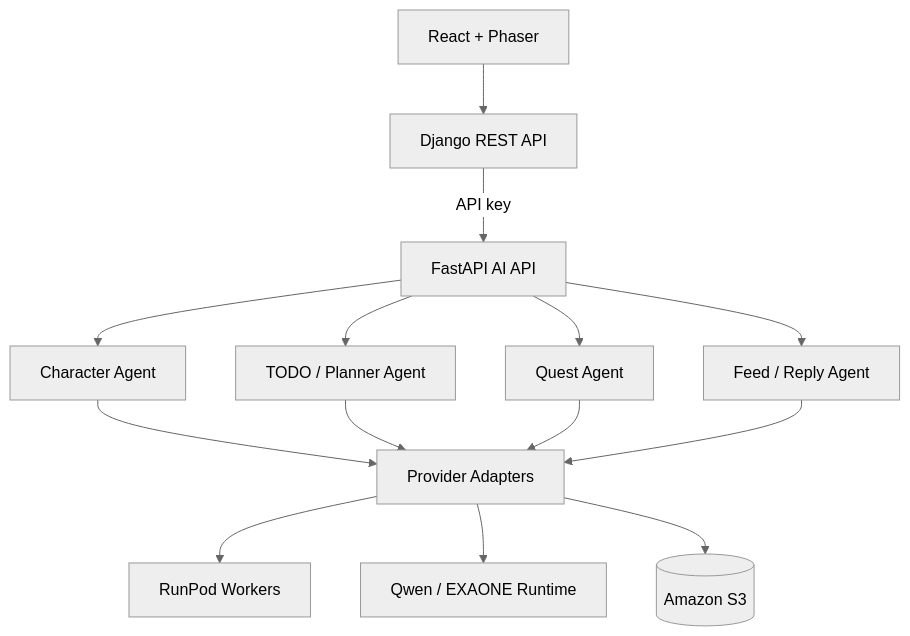
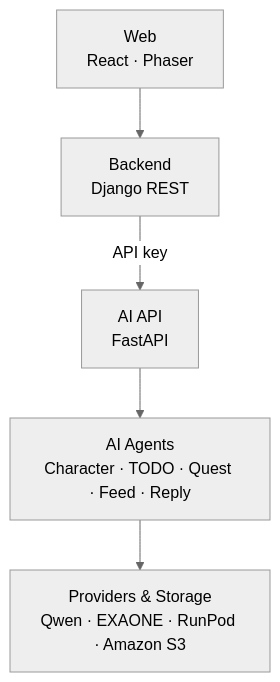
Before and after one commit to bigmooon/mongle-ai: the second of 2 diagrams in README.md, drawn with Mermaid (neutral theme).

Commit message:
docs: compact architecture diagrams

````diff
--- a/README.md
+++ b/README.md
@@ -64,13 +64,10 @@
 ```mermaid
 flowchart TB
-    WEB[React + Phaser] --> SERVER[Django REST API]
-    SERVER -->|API key| API[FastAPI AI API]
-    API --> CHAR[Character Agent]
-    API --> TODO[TODO / Planner Agent]
-    API --> QUEST[Quest Agent]
-    API --> FEED[Feed / Reply Agent]
-    CHAR & TODO & QUEST & FEED --> ADAPTER[Provider Adapters]
-    ADAPTER --> RP[RunPod Workers]
-    ADAPTER --> LLM[Qwen / EXAONE Runtime]
-    ADAPTER --> S3[(Amazon S3)]
+    WEB["Web<br/>React · Phaser"]
+    SERVER["Backend<br/>Django REST"]
+    API["AI API<br/>FastAPI"]
+    AGENTS["AI Agents<br/>Character · TODO · Quest · Feed · Reply"]
+    PROVIDERS["Providers & Storage<br/>Qwen · EXAONE · RunPod · Amazon S3"]
+
+    WEB --> SERVER -->|API key| API --> AGENTS --> PROVIDERS
 ```
````
